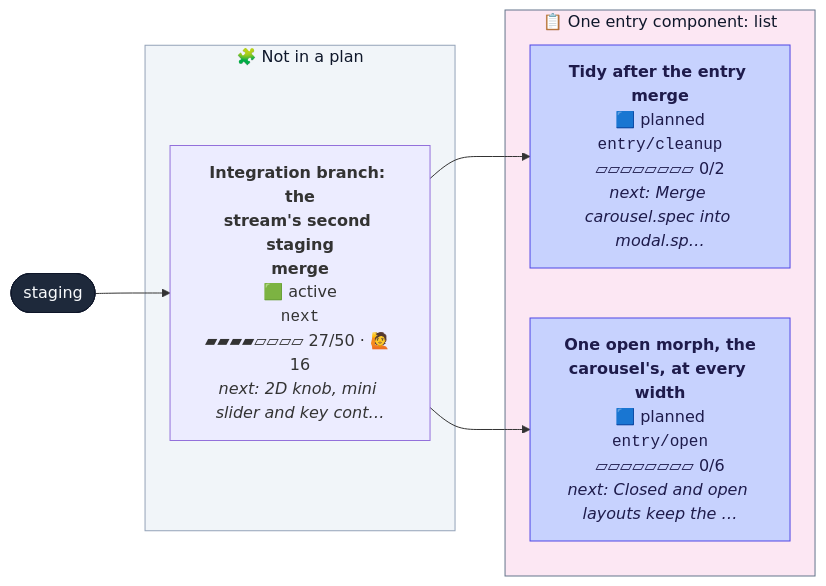
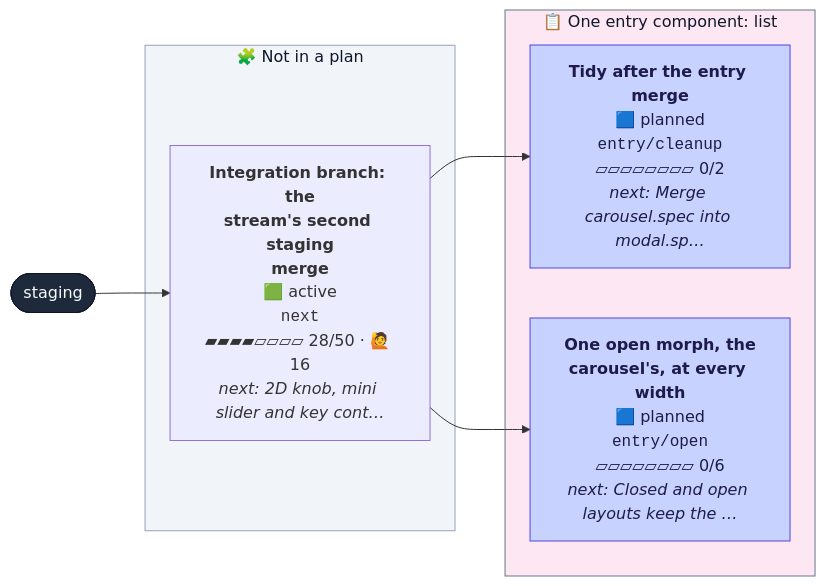
The second of 2 diagrams in CONTRIBUTING.md (henryjonescodes/portfolio), drawn with Mermaid before and after one commit. The commit also changed other lines of this file, not shown here.

````diff
--- a/CONTRIBUTING.md
+++ b/CONTRIBUTING.md
@@ -72,29 +69,29 @@
 ```mermaid
 flowchart LR
   n_staging([staging])
   class n_staging trunk
   subgraph plan_1["📋 One entry component: list"]
     n_entry_cleanup["<b>Tidy after the entry merge</b><br/>🟦 planned<br/><code>entry/cleanup</code><br/>▱▱▱▱▱▱▱▱ 0/2<br/><i>next: Merge carousel.spec into modal.sp…</i>"]
     class n_entry_cleanup planned
     n_entry_open["<b>One open morph, the<br/>carousel's, at every width</b><br/>🟦 planned<br/><code>entry/open</code><br/>▱▱▱▱▱▱▱▱ 0/6<br/><i>next: Closed and open layouts keep the …</i>"]
     class n_entry_open planned
   end
   style plan_1 fill:#fce7f3,stroke:#64748b,color:#0f172a
   subgraph loose["🧩 Not in a plan"]
-    n_next["<b>Integration branch: the<br/>stream's second staging<br/>merge</b><br/>🟩 active<br/><code>next</code><br/>▰▰▰▰▱▱▱▱ 27/50 · 🙋 16<br/><i>next: 2D knob, mini slider and key cont…</i>"]
+    n_next["<b>Integration branch: the<br/>stream's second staging<br/>merge</b><br/>🟩 active<br/><code>next</code><br/>▰▰▰▰▱▱▱▱ 28/50 · 🙋 16<br/><i>next: 2D knob, mini slider and key cont…</i>"]
     class n_next active,current
   end
   style loose fill:#f1f5f9,stroke:#94a3b8,color:#0f172a
   n_next --> n_entry_cleanup
   n_next --> n_entry_open
   n_staging --> n_next
   classDef merged fill:#dcfce7,stroke:#16a34a,color:#052e16
   classDef todo fill:#ffffff,stroke:#94a3b8,stroke-dasharray:2 2,color:#334155
   classDef planned fill:#c7d2fe,stroke:#4f46e5,color:#1e1b4b
   classDef sketched fill:#f8fafc,stroke:#64748b,stroke-dasharray:4 3,color:#334155
   classDef active fill:#bbf7d0,stroke:#16a34a,stroke-width:3px,color:#052e16
   classDef review fill:#fde68a,stroke:#d97706,stroke-width:3px,color:#451a03
   classDef blocked fill:#fecaca,stroke:#dc2626,stroke-width:3px,color:#450a0a
   classDef trunk fill:#1e293b,stroke:#0f172a,color:#f8fafc
   classDef current stroke:#0ea5e9,stroke-width:5px
 ```
````
